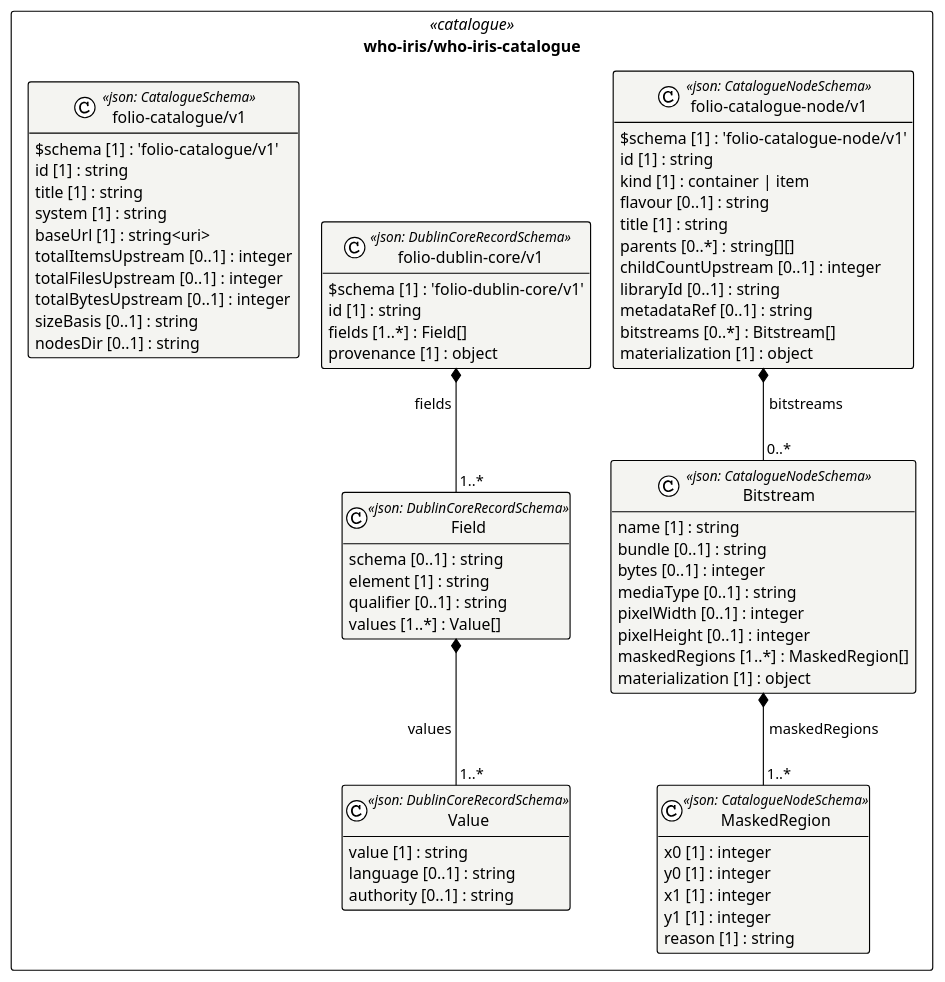
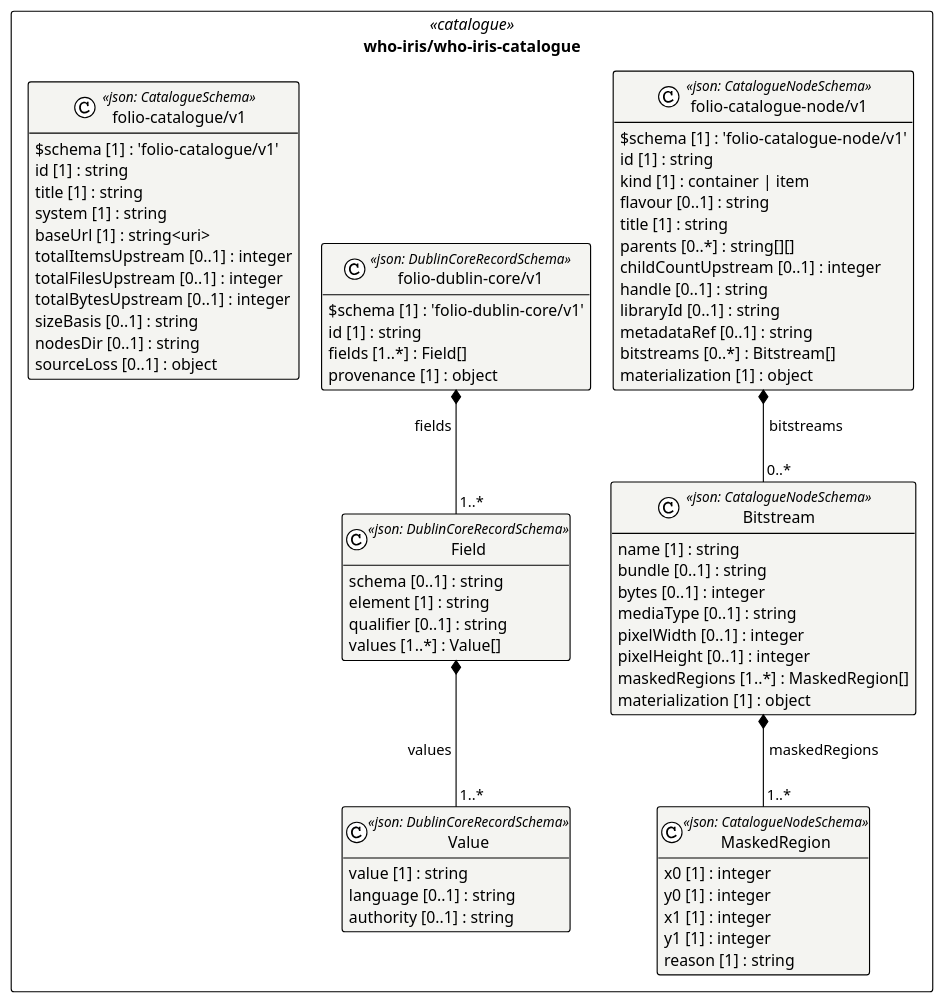
Before and after one commit to litlfred/folio-assistant: the diagram in cat-harness/uml/overview/who-iris/who-iris-catalogue.puml, drawn with PlantUML. The commit also changed 10 other files, not shown here.

First line of the commit message:
chore(08u4): regenerate the who-iris catalogue UML overview (sourceLoss on catalogue.json)

```diff
--- a/cat-harness/uml/overview/who-iris/who-iris-catalogue.puml
+++ b/cat-harness/uml/overview/who-iris/who-iris-catalogue.puml
@@ -3,75 +3,77 @@
 @startuml who_iris_who_iris_catalogue
 !pragma layout elk
 !theme plain
 skinparam classAttributeIconSize 0
 skinparam shadowing false
 skinparam packageStyle rectangle
 hide empty methods
 
 package "who-iris/who-iris-catalogue" as pkg_who_iris_who_iris_catalogue <<catalogue>> {
   class "Value" as who_iris_who_iris_catalogue_folio_dublin_core_v1_Value <<json: DublinCoreRecordSchema>> #f4f4f1 {
     value [1] : string
     language [0..1] : string
     authority [0..1] : string
   }
   class "Field" as who_iris_who_iris_catalogue_folio_dublin_core_v1_Field <<json: DublinCoreRecordSchema>> #f4f4f1 {
     schema [0..1] : string
     element [1] : string
     qualifier [0..1] : string
     values [1..*] : Value[]
   }
   class "folio-dublin-core/v1" as who_iris_who_iris_catalogue_folio_dublin_core_v1_folio_dublin_core_v1 <<json: DublinCoreRecordSchema>> #f4f4f1 {
     $schema [1] : 'folio-dublin-core/v1'
     id [1] : string
     fields [1..*] : Field[]
     provenance [1] : object
   }
   class "MaskedRegion" as who_iris_who_iris_catalogue_folio_catalogue_node_v1_MaskedRegion <<json: CatalogueNodeSchema>> #f4f4f1 {
     x0 [1] : integer
     y0 [1] : integer
     x1 [1] : integer
     y1 [1] : integer
     reason [1] : string
   }
   class "Bitstream" as who_iris_who_iris_catalogue_folio_catalogue_node_v1_Bitstream <<json: CatalogueNodeSchema>> #f4f4f1 {
     name [1] : string
     bundle [0..1] : string
     bytes [0..1] : integer
     mediaType [0..1] : string
     pixelWidth [0..1] : integer
     pixelHeight [0..1] : integer
     maskedRegions [1..*] : MaskedRegion[]
     materialization [1] : object
   }
   class "folio-catalogue-node/v1" as who_iris_who_iris_catalogue_folio_catalogue_node_v1_folio_catalogue_node_v1 <<json: CatalogueNodeSchema>> #f4f4f1 {
     $schema [1] : 'folio-catalogue-node/v1'
     id [1] : string
     kind [1] : container | item
     flavour [0..1] : string
     title [1] : string
     parents [0..*] : string[][]
     childCountUpstream [0..1] : integer
+    handle [0..1] : string
     libraryId [0..1] : string
     metadataRef [0..1] : string
     bitstreams [0..*] : Bitstream[]
     materialization [1] : object
   }
   class "folio-catalogue/v1" as who_iris_who_iris_catalogue_folio_catalogue_v1_folio_catalogue_v1 <<json: CatalogueSchema>> #f4f4f1 {
     $schema [1] : 'folio-catalogue/v1'
     id [1] : string
     title [1] : string
     system [1] : string
     baseUrl [1] : string<uri>
     totalItemsUpstream [0..1] : integer
     totalFilesUpstream [0..1] : integer
     totalBytesUpstream [0..1] : integer
     sizeBasis [0..1] : string
     nodesDir [0..1] : string
+    sourceLoss [0..1] : object
   }
 }
 
 who_iris_who_iris_catalogue_folio_dublin_core_v1_Field *-- "1..*" who_iris_who_iris_catalogue_folio_dublin_core_v1_Value : values
 who_iris_who_iris_catalogue_folio_dublin_core_v1_folio_dublin_core_v1 *-- "1..*" who_iris_who_iris_catalogue_folio_dublin_core_v1_Field : fields
 who_iris_who_iris_catalogue_folio_catalogue_node_v1_Bitstream *-- "1..*" who_iris_who_iris_catalogue_folio_catalogue_node_v1_MaskedRegion : maskedRegions
 who_iris_who_iris_catalogue_folio_catalogue_node_v1_folio_catalogue_node_v1 *-- "0..*" who_iris_who_iris_catalogue_folio_catalogue_node_v1_Bitstream : bitstreams
 @enduml
```
